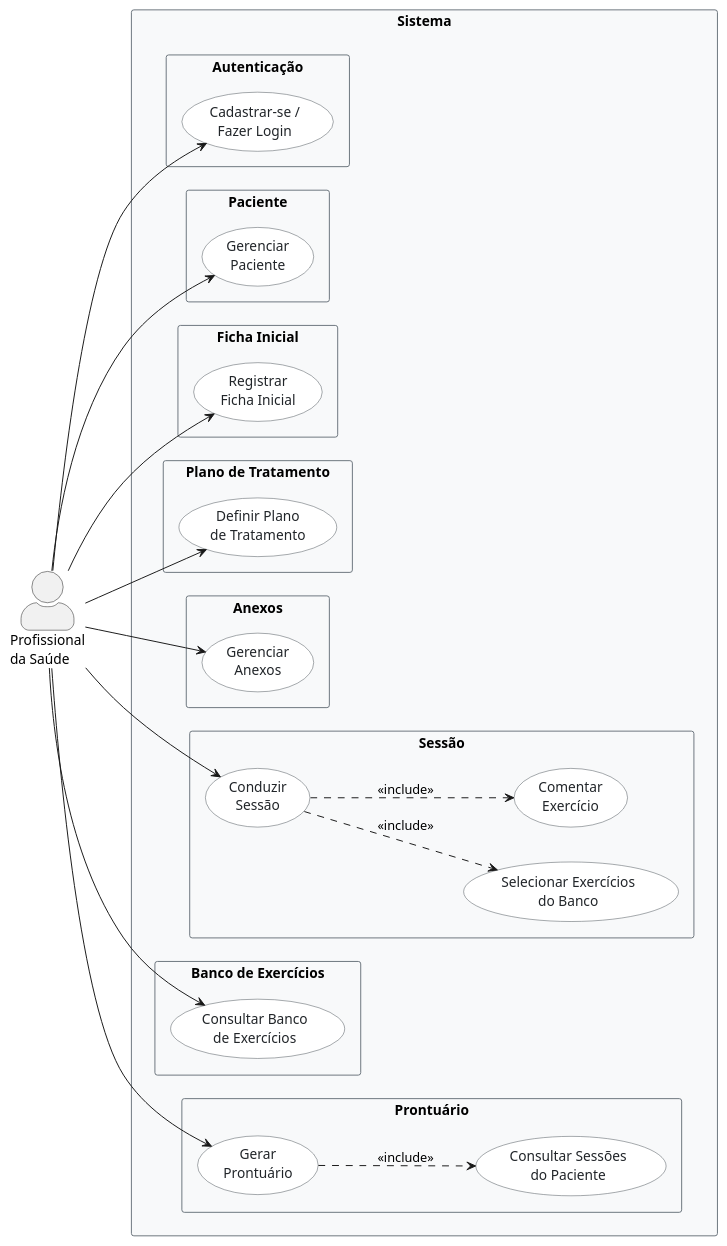
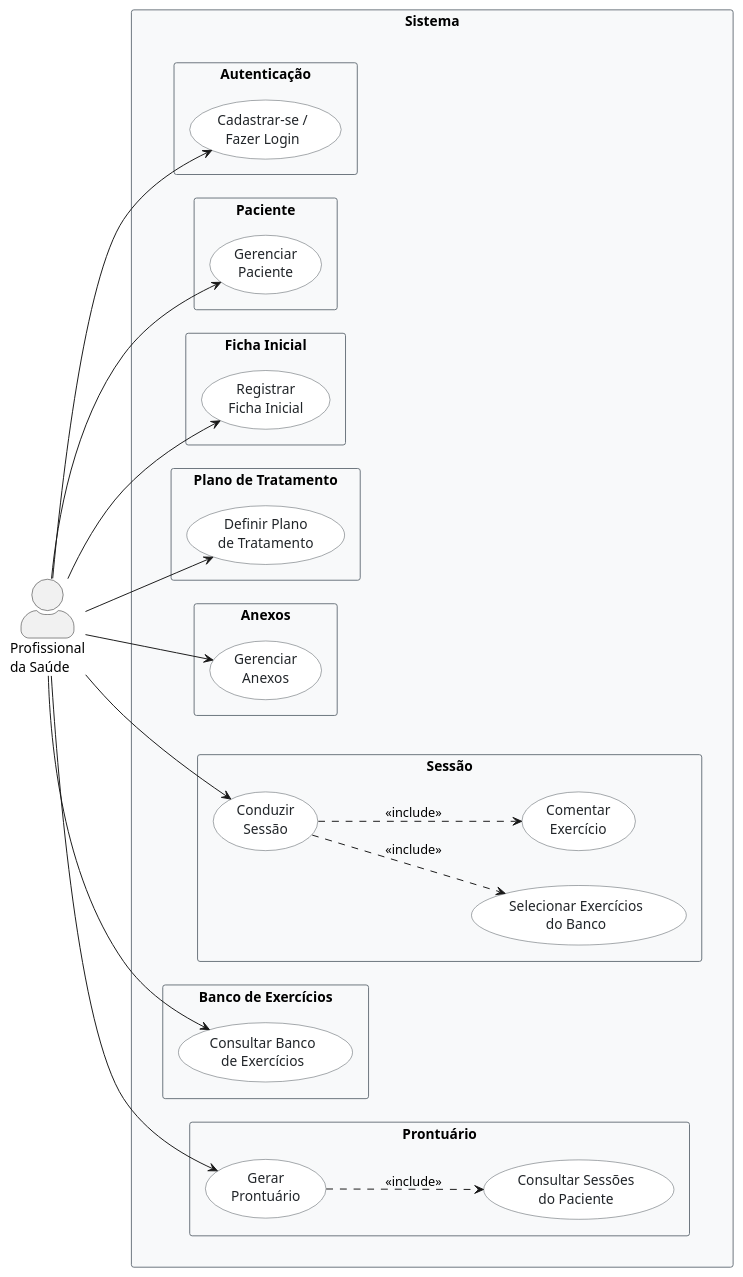
Before and after one commit to Gabriel-Oliveir4/projeto_integrador: the diagram in docs/doc_base.md, drawn with PlantUML. The commit also changed other lines of this file and 1 other file, not shown here.

Commit message:
feat: Atualização dos documentos de banco e documentação base

```diff
--- a/docs/doc_base.md
+++ b/docs/doc_base.md
@@ -137,47 +134,45 @@
 ' ── Sistema ───────────────────────────────────
 rectangle Sistema {
 
-  ' ─── Autenticação ───
-  package "Autenticação" {
-    usecase "Cadastrar-se /\nFazer Login" as UC0
+  ' ─── Coluna 1: cadastro e gestão ───
+  together {
+    package "Autenticação" {
+      usecase "Cadastrar-se /\nFazer Login" as UC0
+    }
+
+    package "Paciente" {
+      usecase "Gerenciar\nPaciente" as UC1
+    }
+
+    package "Ficha Inicial" {
+      usecase "Registrar\nFicha Inicial" as UC1a
+    }
+
+    package "Plano de Tratamento" {
+      usecase "Definir Plano\nde Tratamento" as UC1b
+    }
+
+    package "Anexos" {
+      usecase "Gerenciar\nAnexos" as UC1c
+    }
   }
 
-  ' ─── Paciente ───
-  package "Paciente" {
-    usecase "Gerenciar\nPaciente" as UC1
-  }
+  ' ─── Coluna 2: sessão, exercícios e prontuário ───
+  together {
+    package "Sessão" {
+      usecase "Conduzir\nSessão" as UC2
+      usecase "Selecionar Exercícios\ndo Banco" as UC2a
+      usecase "Comentar\nExercício" as UC2b
+    }
 
-  ' ─── Ficha Inicial ───
-  package "Ficha Inicial" {
-    usecase "Registrar\nFicha Inicial" as UC1a
-  }
+    package "Banco de Exercícios" {
+      usecase "Consultar Banco\nde Exercícios" as UC3
+    }
 
-  ' ─── Plano de Tratamento ───
-  package "Plano de Tratamento" {
-    usecase "Definir Plano\nde Tratamento" as UC1b
-  }
-
-  ' ─── Anexos ───
-  package "Anexos" {
-    usecase "Gerenciar\nAnexos" as UC1c
-  }
-
-  ' ─── Sessão ───
-  package "Sessão" {
-    usecase "Conduzir\nSessão" as UC2
-    usecase "Selecionar Exercícios\ndo Banco" as UC2a
-    usecase "Comentar\nExercício" as UC2b
-  }
-
-  ' ─── Banco de Exercícios ───
-  package "Banco de Exercícios" {
-    usecase "Consultar Banco\nde Exercícios" as UC3
-  }
-
-  ' ─── Prontuário ───
-  package "Prontuário" {
-    usecase "Gerar\nProntuário" as UC4
-    usecase "Consultar Sessões\ndo Paciente" as UC4a
+    package "Prontuário" {
+      usecase "Gerar\nProntuário" as UC4
+      usecase "Consultar Sessões\ndo Paciente" as UC4a
+    }
   }
 
 }
```
